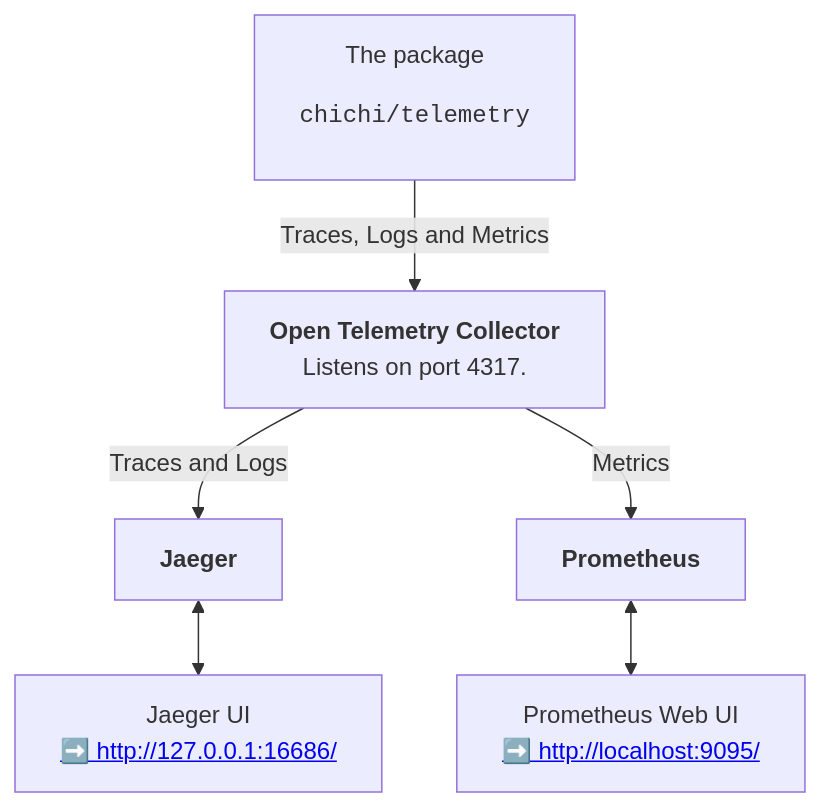
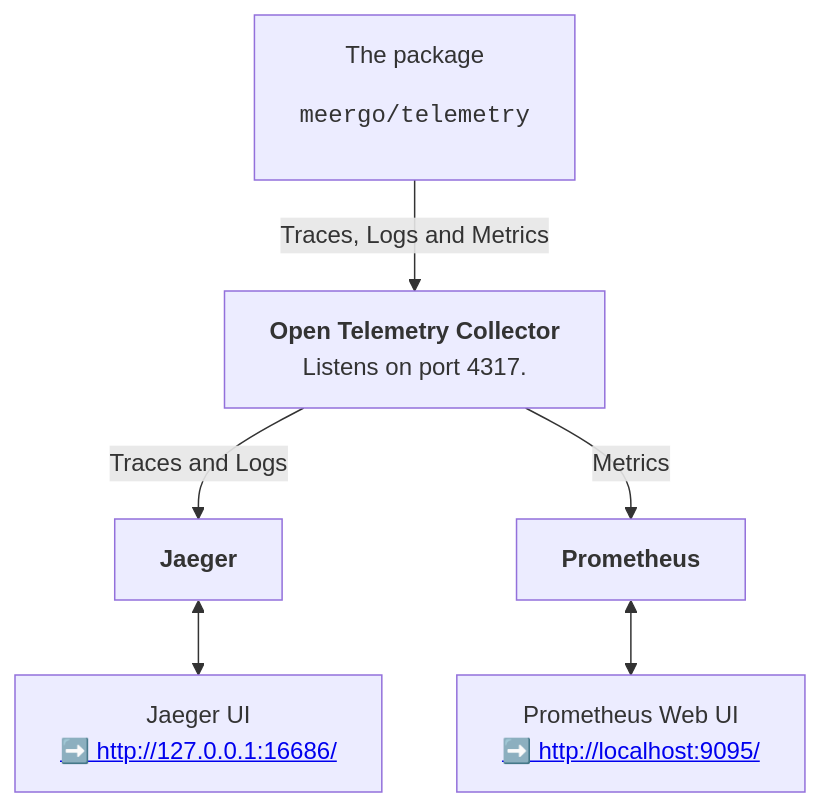
Before and after one commit to krenalis/krenalis: the diagram in telemetry/README.md, drawn with Mermaid. The commit also changed other lines of this file and 333 other files, not shown here.

````diff
--- a/telemetry/README.md
+++ b/telemetry/README.md
@@ -10,20 +10,20 @@
 ```mermaid
 flowchart TD
-    chichi["The package
-    <pre>chichi/telemetry</pre>"]
+    meergo["The package
+    <pre>meergo/telemetry</pre>"]
     collector["<b>Open Telemetry Collector</b>
       Listens on port 4317.
     "]
     jaeger["<b>Jaeger</b>"]
     prometheus["<b>Prometheus</b>"]
 
     jaeger_ui["Jaeger UI
     <a href='http://127.0.0.1:16686'>➡️ http://127.0.0.1:16686/</a>"]
     prometheus_ui["Prometheus Web UI
     <a href='http://localhost:9095'>➡️ http://localhost:9095/</a>"]
 
-    chichi -- Traces, Logs and Metrics --> collector
+    meergo -- Traces, Logs and Metrics --> collector
 
     collector -- Traces and Logs --> jaeger <--> jaeger_ui
     collector -- Metrics --> prometheus <--> prometheus_ui
 ```
````
